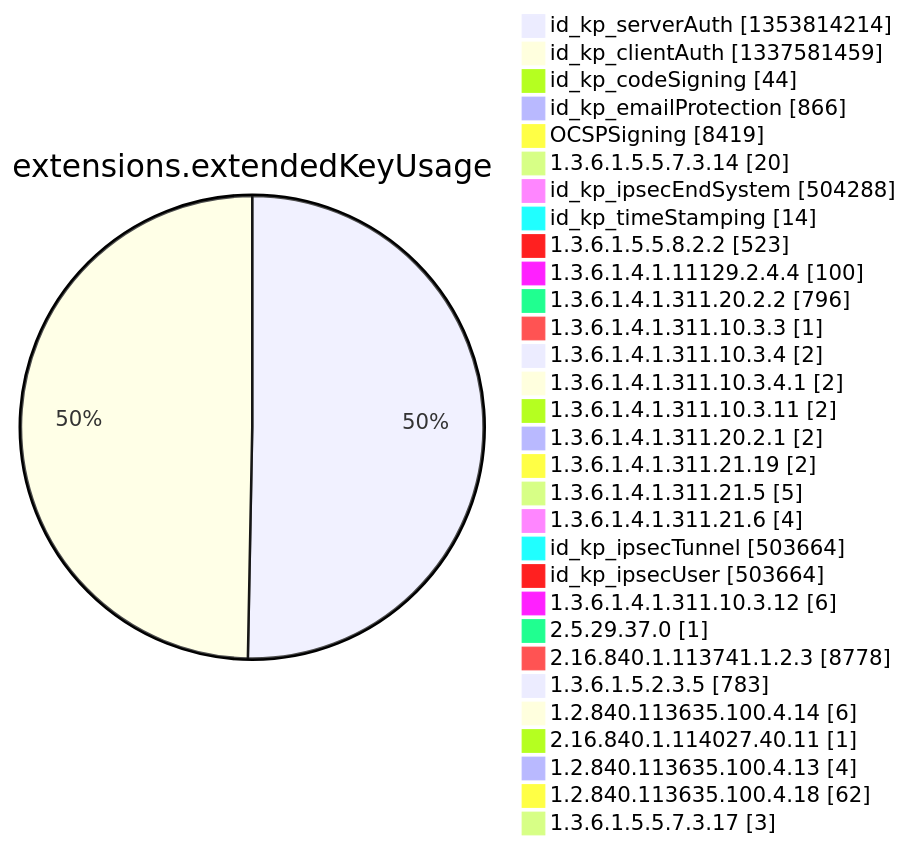
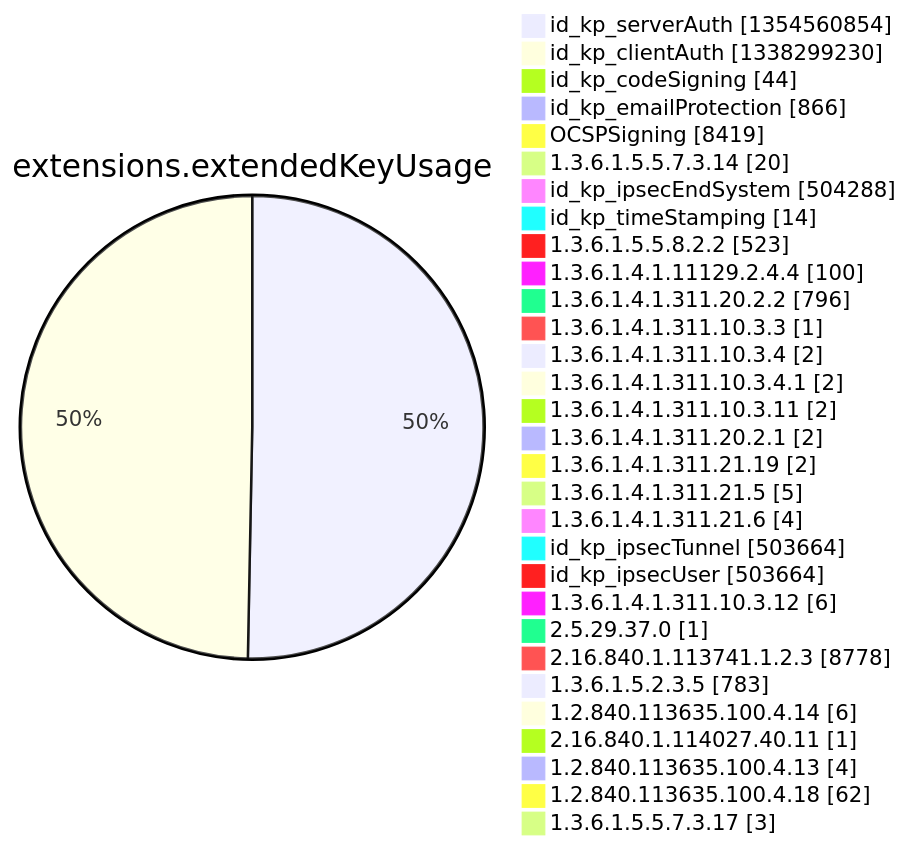
Before and after one commit to christiankrug/ctmonitor_visualization: diagram 12 of 15 in argon2022/README.md, drawn with Mermaid. The commit also changed other lines of this file, not shown here.

````diff
--- a/argon2022/README.md
+++ b/argon2022/README.md
@@ -3553,34 +3553,34 @@
 ```mermaid
 pie showData
 title extensions.extendedKeyUsage
-"id_kp_serverAuth" :1353814214
-"id_kp_clientAuth" :1337581459
+"id_kp_serverAuth" :1354560854
+"id_kp_clientAuth" :1338299230
 "id_kp_codeSigning" :44
 "id_kp_emailProtection" :866
 "OCSPSigning" :8419
 "1.3.6.1.5.5.7.3.14" :20
 "id_kp_ipsecEndSystem" :504288
 "id_kp_timeStamping" :14
 "1.3.6.1.5.5.8.2.2" :523
 "1.3.6.1.4.1.11129.2.4.4" :100
 "1.3.6.1.4.1.311.20.2.2" :796
 "1.3.6.1.4.1.311.10.3.3" :1
 "1.3.6.1.4.1.311.10.3.4" :2
 "1.3.6.1.4.1.311.10.3.4.1" :2
 "1.3.6.1.4.1.311.10.3.11" :2
 "1.3.6.1.4.1.311.20.2.1" :2
 "1.3.6.1.4.1.311.21.19" :2
 "1.3.6.1.4.1.311.21.5" :5
 "1.3.6.1.4.1.311.21.6" :4
 "id_kp_ipsecTunnel" :503664
 "id_kp_ipsecUser" :503664
 "1.3.6.1.4.1.311.10.3.12" :6
 "2.5.29.37.0" :1
 "2.16.840.1.113741.1.2.3" :8778
 "1.3.6.1.5.2.3.5" :783
 "1.2.840.113635.100.4.14" :6
 "2.16.840.1.114027.40.11" :1
 "1.2.840.113635.100.4.13" :4
 "1.2.840.113635.100.4.18" :62
 "1.3.6.1.5.5.7.3.17" :3
 ```
````
